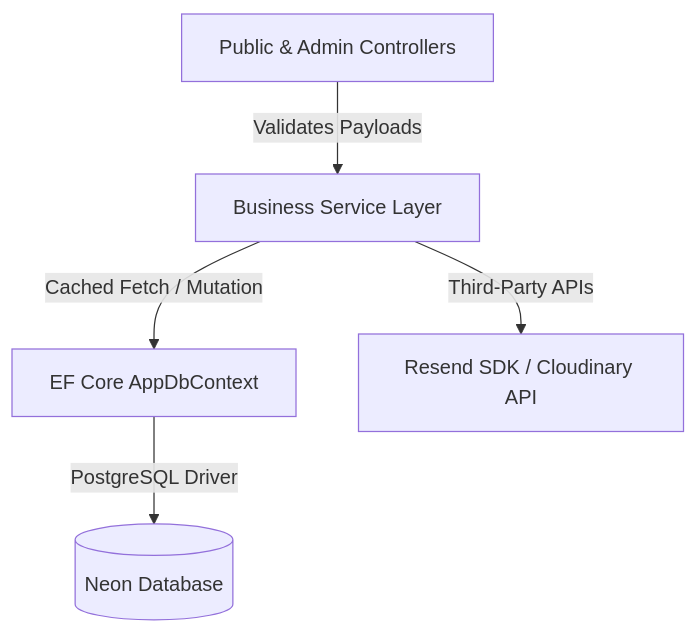
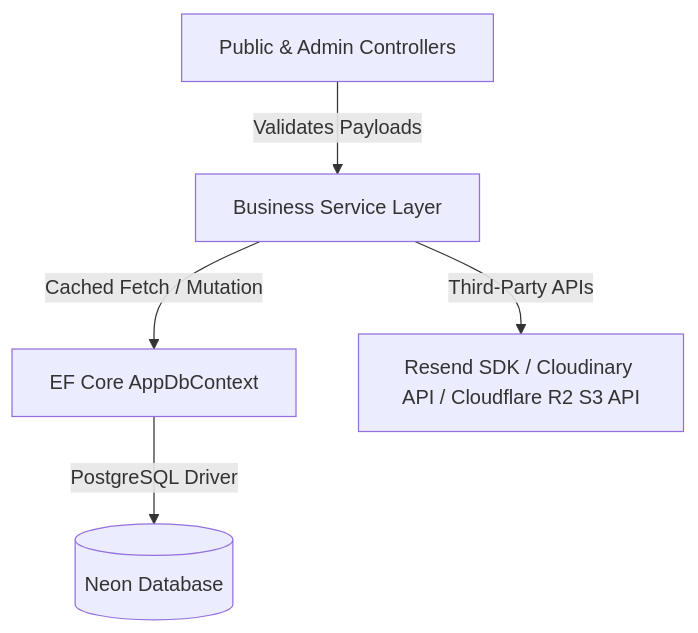
Before and after one commit to BillNotAGamer/kig-holding: the diagram in docs/backend-logic.md, drawn with Mermaid. The commit also changed other lines of this file and 39 other files, not shown here.

````diff
--- a/docs/backend-logic.md
+++ b/docs/backend-logic.md
@@ -11,7 +11,7 @@
 ```mermaid
 graph TD
     A[Public & Admin Controllers] -->|Validates Payloads| B[Business Service Layer]
     B -->|Cached Fetch / Mutation| C[EF Core AppDbContext]
-    B -->|Third-Party APIs| D[Resend SDK / Cloudinary API]
+    B -->|Third-Party APIs| D[Resend SDK / Cloudinary API / Cloudflare R2 S3 API]
     C -->|PostgreSQL Driver| E[(Neon Database)]
 ```
````
